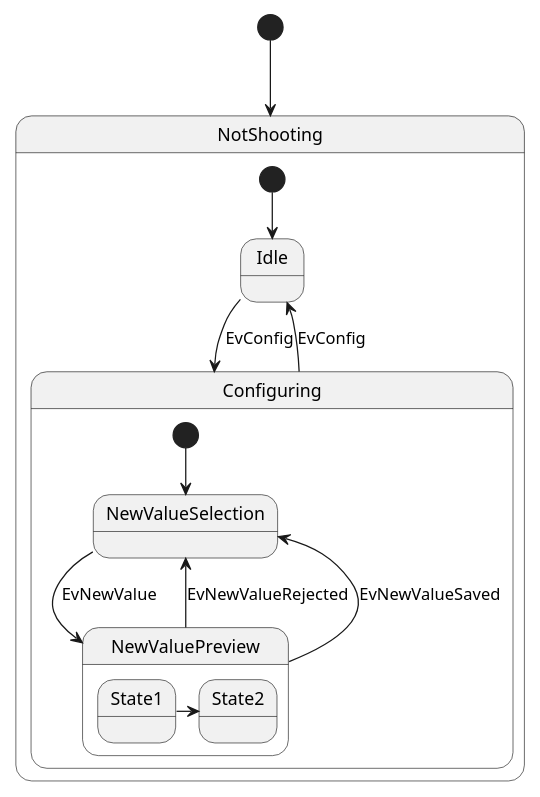
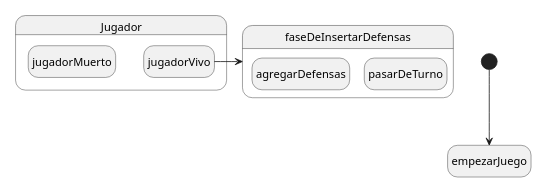
Before and after one commit to franzimbi/algo3_tp2: the diagram in diagrams/states/estadosDelJuego.puml, drawn with PlantUML. The commit also changed 4 other files, not shown here.

```diff
--- a/diagrams/states/estadosDelJuego.puml
+++ b/diagrams/states/estadosDelJuego.puml
@@ -1,24 +1,19 @@
 @startuml
 'https://plantuml.com/state-diagram
 
 scale 350 width
-[*] --> NotShooting
+hide empty description
 
-state NotShooting {
-  [*] --> Idle
-  Idle --> Configuring : EvConfig
-  Configuring --> Idle : EvConfig
+[*] --> empezarJuego
+
+state Jugador{
+    state jugadorVivo
+    state jugadorMuerto
 }
 
-state Configuring {
-  [*] --> NewValueSelection
-  NewValueSelection --> NewValuePreview : EvNewValue
-  NewValuePreview --> NewValueSelection : EvNewValueRejected
-  NewValuePreview --> NewValueSelection : EvNewValueSaved
-
-  state NewValuePreview {
-     State1 -> State2
-  }
-
+state faseDeInsertarDefensas{
+    state agregarDefensas
+    state pasarDeTurno
 }
+jugadorVivo-> faseDeInsertarDefensas
 @enduml
```
